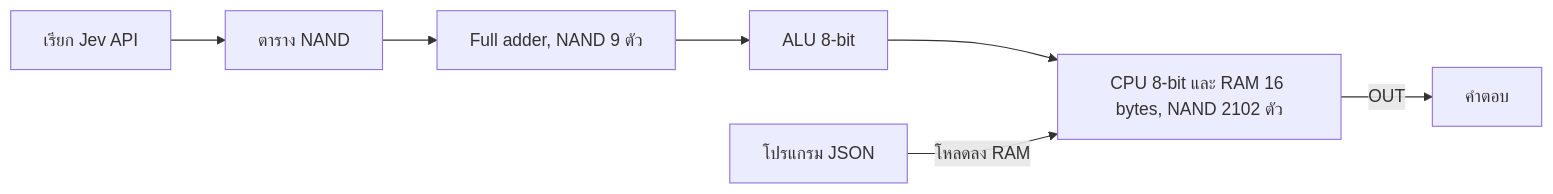
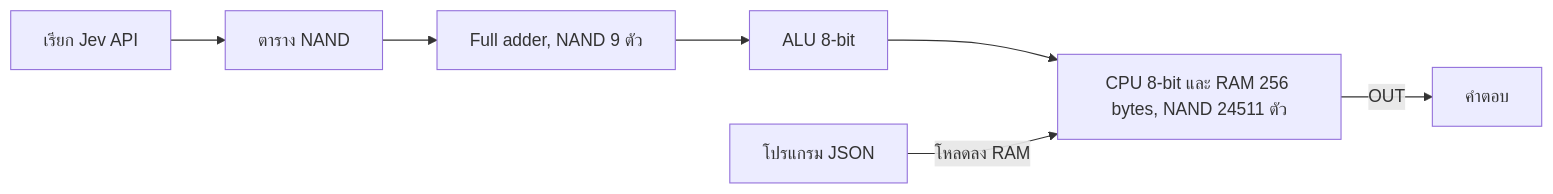
Before and after one commit to RiwRiwara/jev-computer: the first of 3 diagrams in README.th.md, drawn with Mermaid. The commit also changed other lines of this file and 19 other files, not shown here.

First line of the commit message:
Expand to 256 bytes of RAM; add factorial, power, prime, sorting

````diff
--- a/README.th.md
+++ b/README.th.md
@@ -13,9 +13,9 @@
 ```mermaid
 flowchart LR
     Q[เรียก Jev API] --> T[ตาราง NAND]
     T --> FA[Full adder, NAND 9 ตัว]
     FA --> ALU[ALU 8-bit]
-    ALU --> CPU[CPU 8-bit และ RAM 16 bytes, NAND 2102 ตัว]
+    ALU --> CPU[CPU 8-bit และ RAM 256 bytes, NAND 24511 ตัว]
     P[โปรแกรม JSON] -->|โหลดลง RAM| CPU
     CPU -->|OUT| ANS[คำตอบ]
 ```
````
